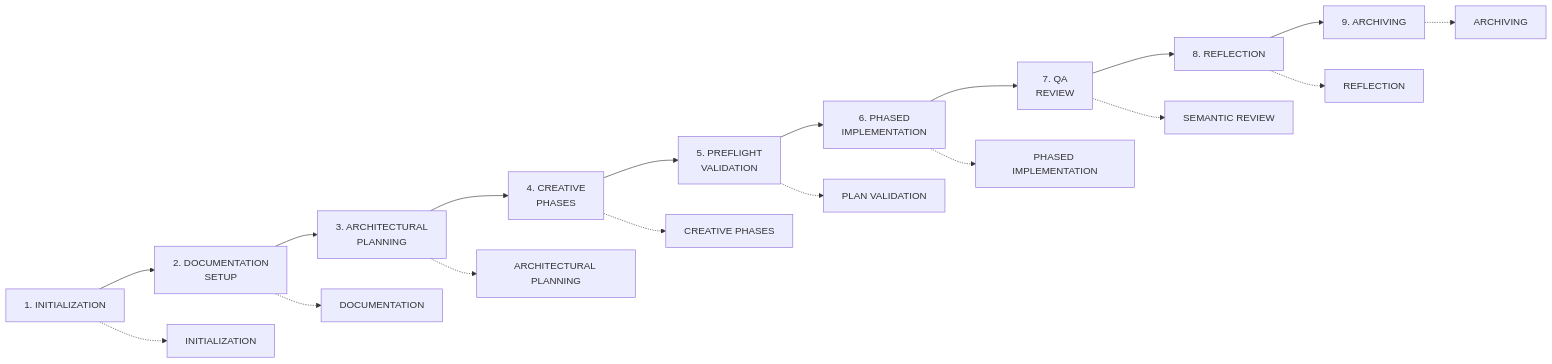
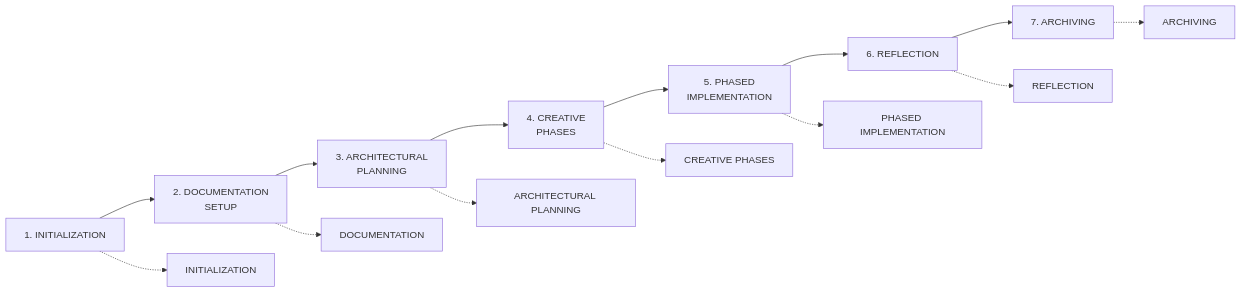
One commit to Texarkanine/.cursor-rules changed the first of 10 diagrams in rulesets/niko/niko/Level4/workflow-level4.mdc. Above: the diagram before and after it, drawn with Mermaid. The commit also changed other lines of this file and 30 other files, not shown here.

````diff
--- a/rulesets/niko/niko/Level4/workflow-level4.mdc
+++ b/rulesets/niko/niko/Level4/workflow-level4.mdc
@@ -12,22 +12,18 @@
 ```mermaid
 graph LR
     Init["1. INITIALIZATION"] --> Doc["2. DOCUMENTATION<br>SETUP"]
     Doc --> Plan["3. ARCHITECTURAL<br>PLANNING"]
     Plan --> Create["4. CREATIVE<br>PHASES"]
-    Create --> Preflight["5. PREFLIGHT<br>VALIDATION"]
-    Preflight --> Impl["6. PHASED<br>IMPLEMENTATION"]
-    Impl --> QA["7. QA<br>REVIEW"]
-    QA --> Reflect["8. REFLECTION"]
-    Reflect --> Archive["9. ARCHIVING"]
-
+    Create --> Impl["5. PHASED<br>IMPLEMENTATION"]
+    Impl --> Reflect["6. REFLECTION"]
+    Reflect --> Archive["7. ARCHIVING"]
+    
     %% Document connections for each phase
     Init -.-> InitDocs["INITIALIZATION"]
     Doc -.-> DocDocs["DOCUMENTATION"]
     Plan -.-> PlanDocs["ARCHITECTURAL PLANNING"]
     Create -.-> CreateDocs["CREATIVE PHASES"]
-    Preflight -.-> PreflightDocs["PLAN VALIDATION"]
     Impl -.-> ImplDocs["PHASED IMPLEMENTATION"]
-    QA -.-> QADocs["SEMANTIC REVIEW"]
     Reflect -.-> ReflectDocs["REFLECTION"]
     Archive -.-> ArchiveDocs["ARCHIVING"]
 ```
````
